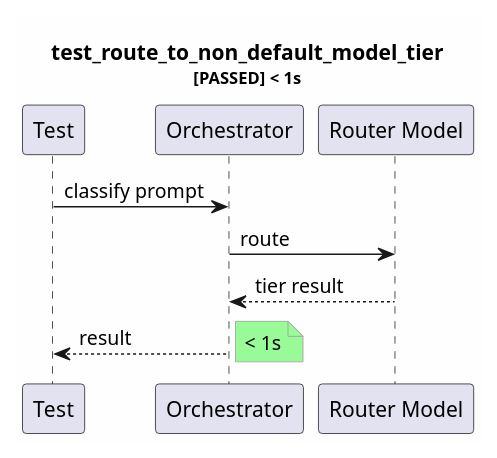
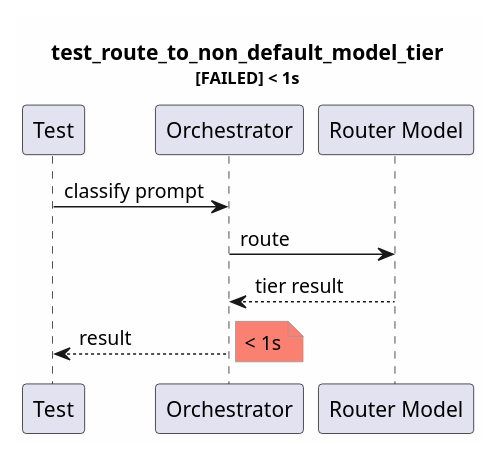
One commit to tvanfossen/entropic changed the diagram in test-reports/logs/test_route_to_non_default_model_tier/test_route_to_non_default_model_tier.puml. Above: the diagram before and after it, drawn with PlantUML. The commit also changed 70 other files, not shown here.

```diff
--- a/test-reports/logs/test_route_to_non_default_model_tier/test_route_to_non_default_model_tier.puml
+++ b/test-reports/logs/test_route_to_non_default_model_tier/test_route_to_non_default_model_tier.puml
@@ -1,17 +1,17 @@
 @startuml
 skinparam backgroundColor #FEFEFE
 skinparam noteBorderColor #999999
 skinparam noteBackgroundColor #FFFFEE
-title test_route_to_non_default_model_tier\n<size:11>[PASSED] < 1s</size>
+title test_route_to_non_default_model_tier\n<size:11>[FAILED] < 1s</size>
 
 participant "Test" as T
 participant "Orchestrator" as Orch
 participant "Router Model" as Rtr
 
 T -> Orch: classify prompt
 Orch -> Rtr: route
 Rtr --> Orch: tier result
 Orch --> T: result
-note right #palegreen: < 1s
+note right #salmon: < 1s
 
 @enduml
```
